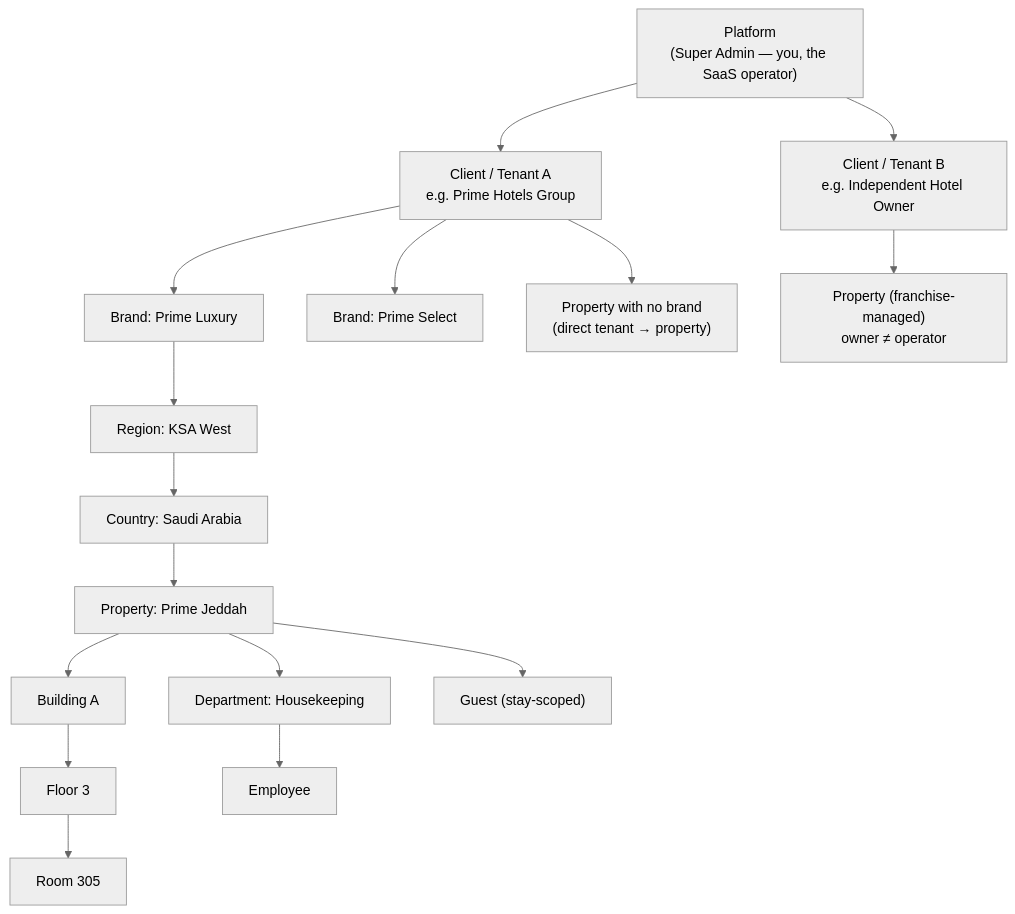
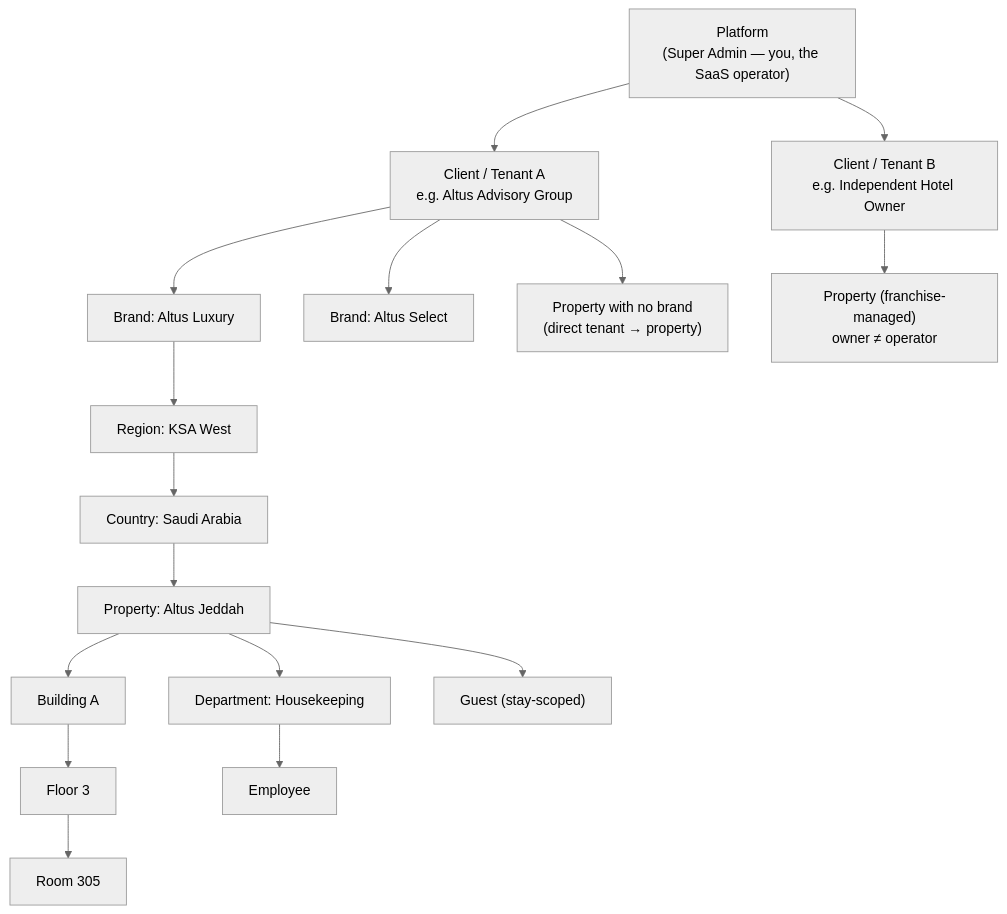
Before and after one commit to Saifeldin2401/prime-hotels-intranet: the second of 4 diagrams in docs/prd/multi_tenant_saas_architecture.md, drawn with Mermaid (neutral theme). The commit also changed other lines of this file and 355 other files, not shown here.

Commit message:
feat: complete ALTUS Advisory rebrand, database migration, and enterprise module expansion

````diff
--- a/docs/prd/multi_tenant_saas_architecture.md
+++ b/docs/prd/multi_tenant_saas_architecture.md
@@ -118,18 +118,18 @@
 ```mermaid
 graph TD
-    PLATFORM["Platform<br/>(Super Admin — you, the SaaS operator)"] --> TENANT1["Client / Tenant A<br/>e.g. Prime Hotels Group"]
+    PLATFORM["Platform<br/>(Super Admin — you, the SaaS operator)"] --> TENANT1["Client / Tenant A<br/>e.g. Altus Advisory Group"]
     PLATFORM --> TENANT2["Client / Tenant B<br/>e.g. Independent Hotel Owner"]
-    TENANT1 --> BRAND1["Brand: Prime Luxury"]
-    TENANT1 --> BRAND2["Brand: Prime Select"]
+    TENANT1 --> BRAND1["Brand: Altus Luxury"]
+    TENANT1 --> BRAND2["Brand: Altus Select"]
     TENANT1 --> NOBRAND["Property with no brand<br/>(direct tenant → property)"]
     BRAND1 --> REGION1["Region: KSA West"]
     REGION1 --> COUNTRY1["Country: Saudi Arabia"]
-    COUNTRY1 --> PROP1["Property: Prime Jeddah"]
+    COUNTRY1 --> PROP1["Property: Altus Jeddah"]
     PROP1 --> BLDG1["Building A"]
     BLDG1 --> FLOOR1["Floor 3"]
     FLOOR1 --> ROOM1["Room 305"]
     PROP1 --> DEPT1["Department: Housekeeping"]
     DEPT1 --> EMP1["Employee"]
     PROP1 --> GUEST1["Guest (stay-scoped)"]
     TENANT2 --> PROP2["Property (franchise-managed)<br/>owner ≠ operator"]
 ```
````
